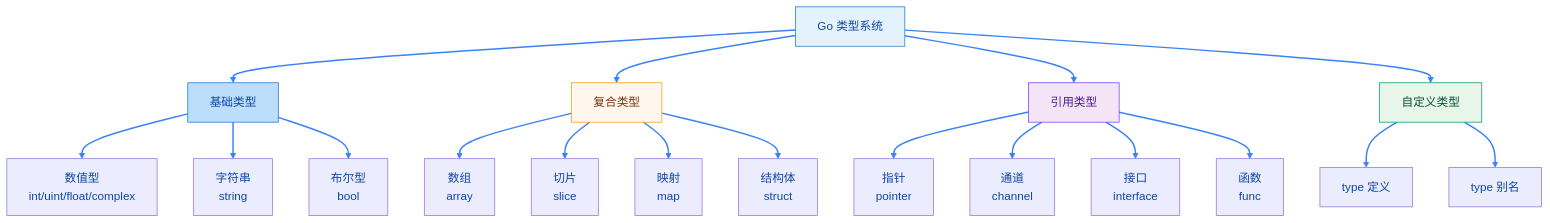
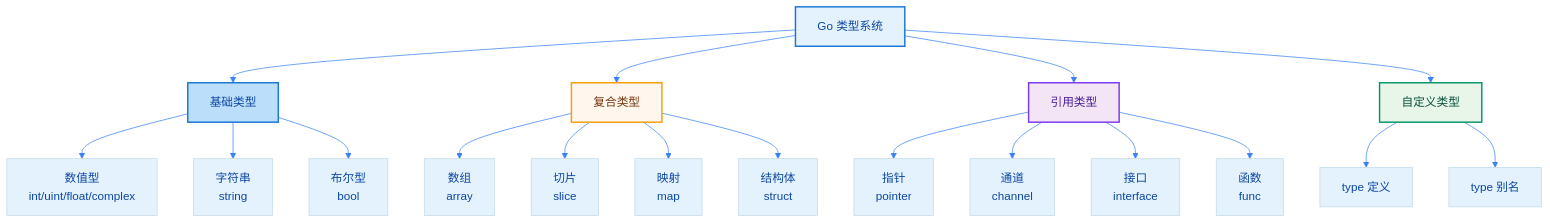
The diagram in docs/zh/golang/fundamentals/type-system.mdx (lazygophers/knowledge), drawn with Mermaid before and after one commit. The commit also changed 10 other files, not shown here.

First line of the commit message:
docs(golang): 修复 Mermaid 箭头样式和连接线颜色

````diff
--- a/docs/zh/golang/fundamentals/type-system.mdx
+++ b/docs/zh/golang/fundamentals/type-system.mdx
@@ -12,37 +12,37 @@
 ```mermaid
+%%{init: {'theme':'base', 'themeVariables': { 'lineColor':'#3b82f6', 'primaryColor':'#e3f2fd', 'primaryTextColor':'#0d47a1'}}}%%
 flowchart TD
     A[Go 类型系统] --> B[基础类型]
     A --> C[复合类型]
     A --> D[引用类型]
     A --> E[自定义类型]
 
     B --> B1[数值型<br/>int/uint/float/complex]
     B --> B2[字符串<br/>string]
     B --> B3[布尔型<br/>bool]
 
     C --> C1[数组<br/>array]
     C --> C2[切片<br/>slice]
     C --> C3[映射<br/>map]
     C --> C4[结构体<br/>struct]
 
     D --> D1[指针<br/>pointer]
     D --> D2[通道<br/>channel]
     D --> D3[接口<br/>interface]
     D --> D4[函数<br/>func]
 
     E --> E1[type 定义]
     E --> E2[type 别名]
 
-    linkStyle default stroke:#3b82f6,stroke-width:2px
-    classDef root fill:#e3f2fd,stroke:#1976d2,color:#0d47a1
-    classDef basic fill:#bbdefb,stroke:#1976d2,color:#0d47a1
-    classDef composite fill:#fff7ed,stroke:#f59e0b,color:#78350f
-    classDef reference fill:#f3e5f5,stroke:#7c3aed,color:#4c1d95
-    classDef custom fill:#e8f5e9,stroke:#059669,color:#064e3b
+    classDef root fill:#e3f2fd,stroke:#1976d2,stroke-width:2px,color:#0d47a1
+    classDef basic fill:#bbdefb,stroke:#1976d2,stroke-width:2px,color:#0d47a1
+    classDef composite fill:#fff7ed,stroke:#f59e0b,stroke-width:2px,color:#78350f
+    classDef reference fill:#f3e5f5,stroke:#7c3aed,stroke-width:2px,color:#4c1d95
+    classDef custom fill:#e8f5e9,stroke:#059669,stroke-width:2px,color:#064e3b
 
     class A root
     class B basic
     class C composite
     class D reference
     class E custom
 ```
````
